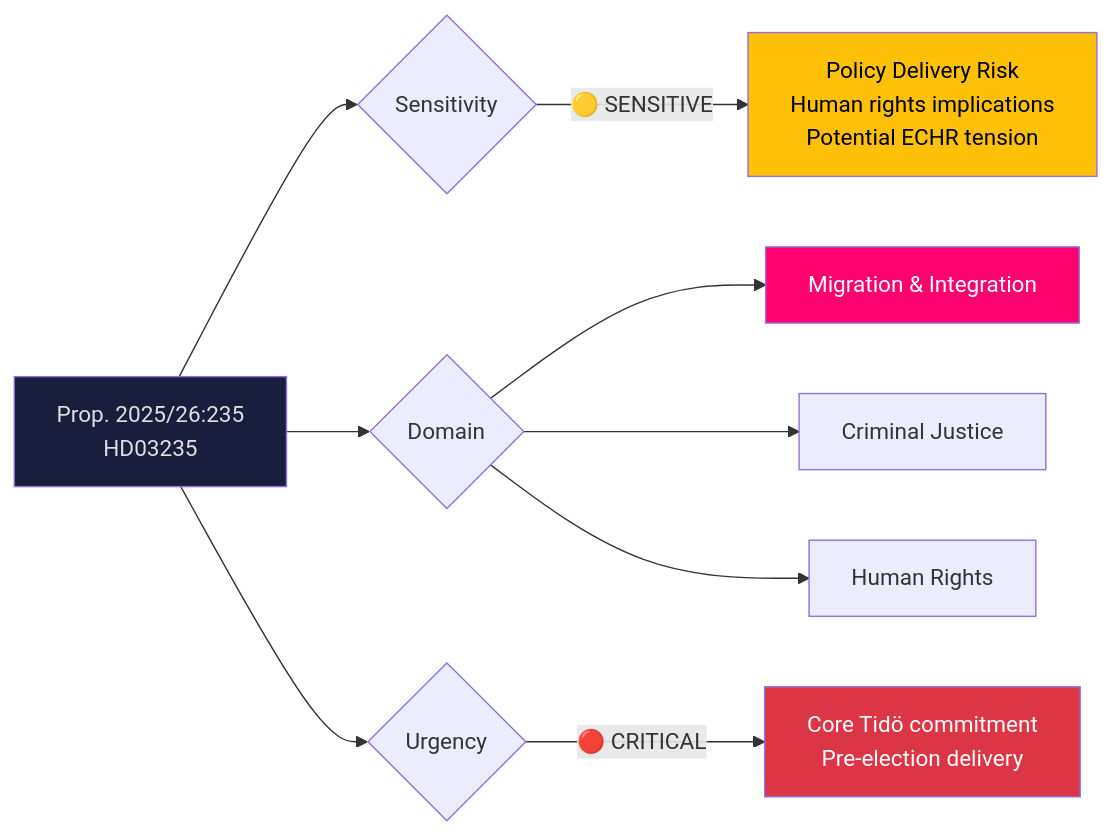
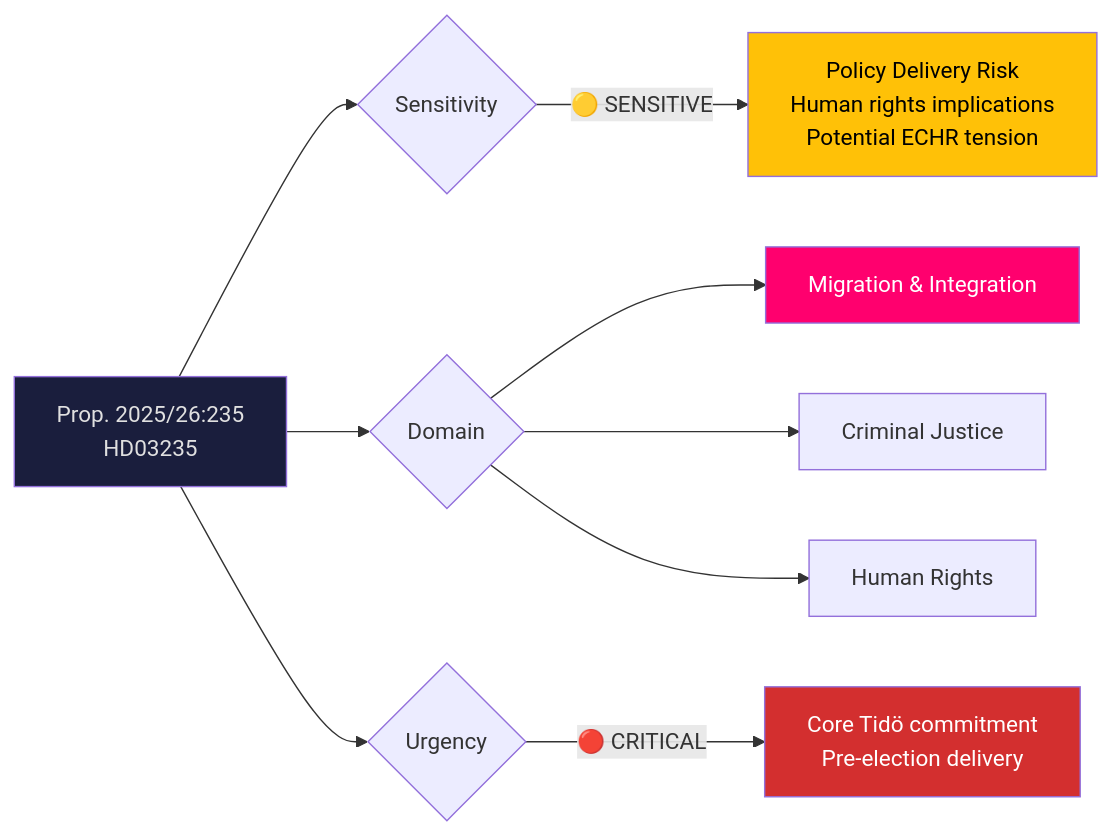
Before and after one commit to Hack23/riksdagsmonitor: the first of 3 diagrams in analysis/daily/2026-04-10/propositions/documents/hd03235-analysis.md, drawn with Mermaid. The commit also changed other lines of this file and 785 other files, not shown here.

First line of the commit message:
Normalize mermaid colors across 786 analysis artifacts to ISMS Style Guide palette

````diff
--- a/analysis/daily/2026-04-10/propositions/documents/hd03235-analysis.md
+++ b/analysis/daily/2026-04-10/propositions/documents/hd03235-analysis.md
@@ -27,18 +27,18 @@
 ```mermaid
 graph LR
     A["Prop. 2025/26:235<br/>HD03235"] --> B{Sensitivity}
     B -->|"🟡 SENSITIVE"| D["Policy Delivery Risk<br/>Human rights implications<br/>Potential ECHR tension"]
     
     A --> G{Domain}
     G --> H["Migration & Integration"]
     G --> H2["Criminal Justice"]
     G --> H3["Human Rights"]
     
     A --> I{Urgency}
     I -->|"🔴 CRITICAL"| J["Core Tidö commitment<br/>Pre-election delivery"]
     
     style A fill:#1a1e3d,color:#e0e0e0
-    style D fill:#ffc107,color:#000
-    style H fill:#ff006e,color:#fff
-    style J fill:#dc3545,color:#fff
+    style D fill:#FFC107,color:#000000
+    style H fill:#ff006e,color:#FFFFFF
+    style J fill:#D32F2F,color:#FFFFFF
 ```
````
